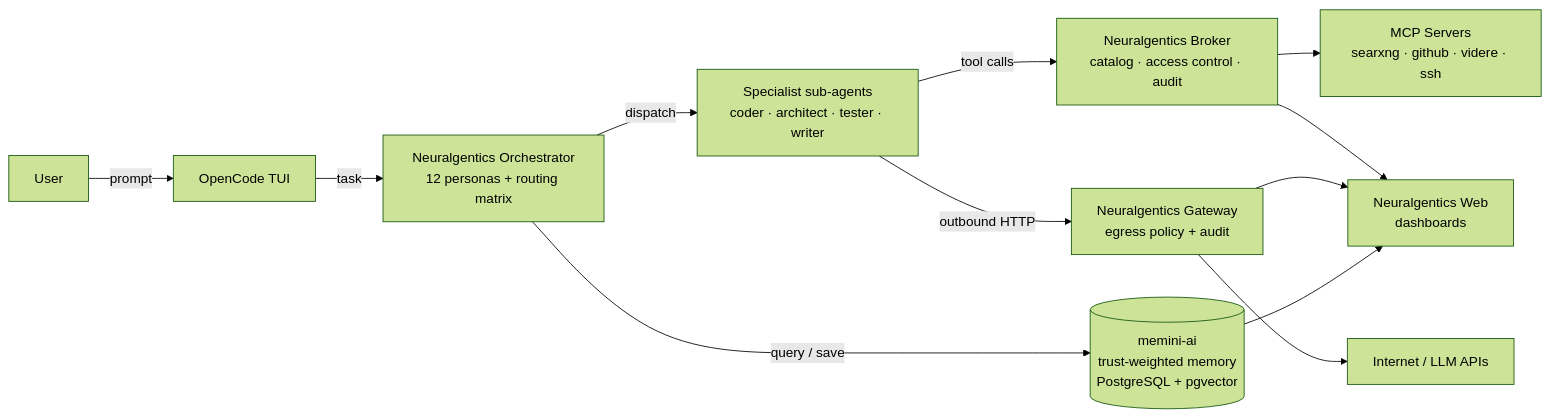
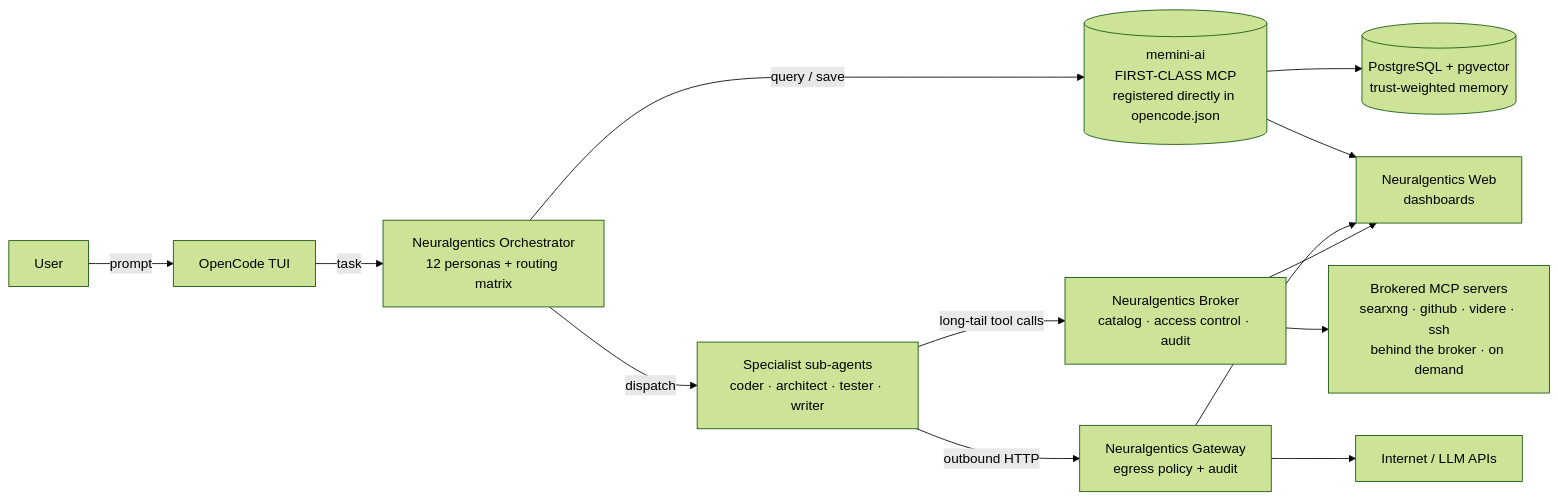
One commit to Veedubin/neuralgentics changed the diagram in README.md. Above: the diagram before and after it, drawn with Mermaid (forest theme). The commit also changed other lines of this file, not shown here.

Commit message:
docs: drop boomerang-v3 sibling (superseded by this plugin); first-class vs brokered MCP in ecosystem diagram

````diff
--- a/README.md
+++ b/README.md
@@ -9,14 +9,15 @@
 ```mermaid
 flowchart LR
     U[User] -->|prompt| OC[OpenCode TUI]
     OC -->|task| ORCH["Neuralgentics Orchestrator<br/>12 personas + routing matrix"]
-    ORCH -->|query / save| MEM[("memini-ai<br/>trust-weighted memory<br/>PostgreSQL + pgvector")]
+    ORCH -->|query / save| MEM[("memini-ai<br/>FIRST-CLASS MCP<br/>registered directly in opencode.json")]
+    MEM --> PG[("PostgreSQL + pgvector<br/>trust-weighted memory")]
     ORCH -->|dispatch| AG["Specialist sub-agents<br/>coder · architect · tester · writer"]
-    AG -->|"tool calls"| BRK["Neuralgentics Broker<br/>catalog · access control · audit"]
-    BRK --> MCP["MCP Servers<br/>searxng · github · videre · ssh"]
+    AG -->|"long-tail tool calls"| BRK["Neuralgentics Broker<br/>catalog · access control · audit"]
+    BRK --> MCP["Brokered MCP servers<br/>searxng · github · videre · ssh<br/>behind the broker · on demand"]
     AG -->|outbound HTTP| GW["Neuralgentics Gateway<br/>egress policy + audit"]
     GW --> NET["Internet / LLM APIs"]
     MEM --> WEB["Neuralgentics Web<br/>dashboards"]
     GW --> WEB
     BRK --> WEB
 ```
````
